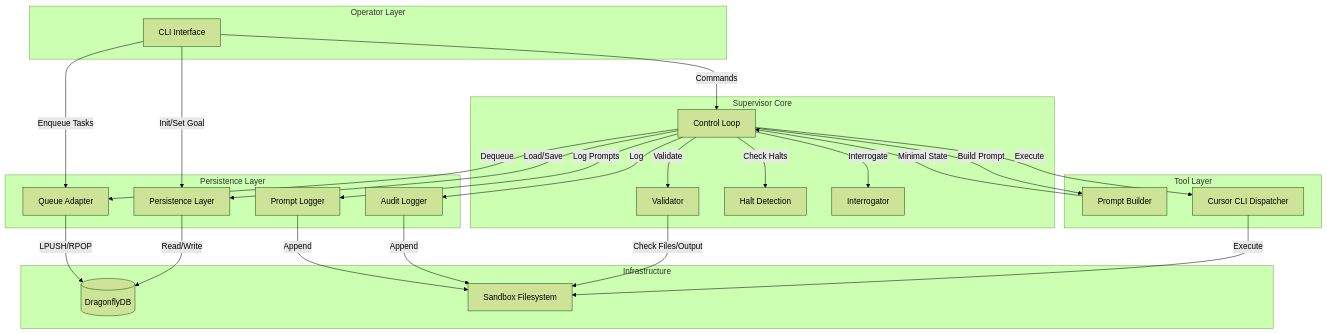
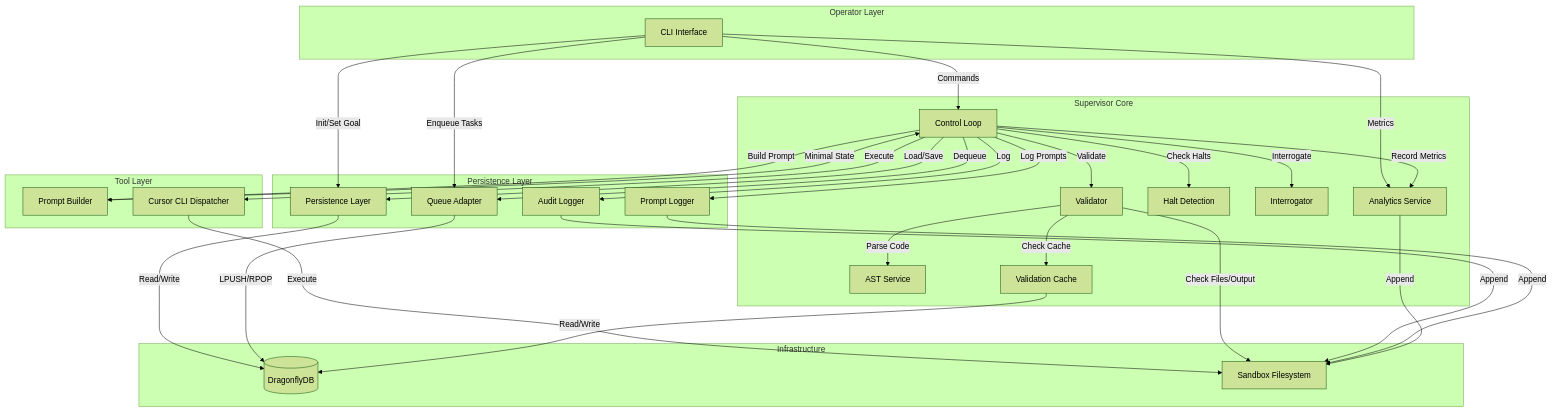
Before and after one commit to ai-supervisor-foundry/foundry: the first of 3 diagrams in docs/ARCHITECTURE_DETAILED.md, drawn with Mermaid (forest theme). The commit also changed other lines of this file and 37 other files, not shown here.

````diff
--- a/docs/ARCHITECTURE_DETAILED.md
+++ b/docs/ARCHITECTURE_DETAILED.md
@@ -138,53 +138,63 @@
 ```mermaid
 graph TB
     subgraph "Operator Layer"
         CLI[CLI Interface]
     end
     
     subgraph "Supervisor Core"
         ControlLoop[Control Loop]
         Validator[Validator]
         HaltDetection[Halt Detection]
         Interrogator[Interrogator]
+        ASTService[AST Service]
+        ValidationCache[Validation Cache]
+        Analytics[Analytics Service]
     end
     
     subgraph "Tool Layer"
         PromptBuilder[Prompt Builder]
         CursorCLI[Cursor CLI Dispatcher]
     end
     
     subgraph "Persistence Layer"
         Persistence[Persistence Layer]
         Queue[Queue Adapter]
         AuditLogger[Audit Logger]
         PromptLogger[Prompt Logger]
     end
     
     subgraph "Infrastructure"
         DragonflyDB[(DragonflyDB)]
         Sandbox[Sandbox Filesystem]
     end
     
     CLI -->|Commands| ControlLoop
     CLI -->|Init/Set Goal| Persistence
     CLI -->|Enqueue Tasks| Queue
+    CLI -->|Metrics| Analytics
     
     ControlLoop -->|Load/Save| Persistence
     ControlLoop -->|Dequeue| Queue
     ControlLoop -->|Build Prompt| PromptBuilder
     ControlLoop -->|Execute| CursorCLI
     ControlLoop -->|Validate| Validator
     ControlLoop -->|Check Halts| HaltDetection
     ControlLoop -->|Interrogate| Interrogator
     ControlLoop -->|Log| AuditLogger
     ControlLoop -->|Log Prompts| PromptLogger
+    ControlLoop -->|Record Metrics| Analytics
+    
+    Validator -->|Parse Code| ASTService
+    Validator -->|Check Cache| ValidationCache
     
     PromptBuilder -->|Minimal State| ControlLoop
     CursorCLI -->|Execute| Sandbox
     Validator -->|Check Files/Output| Sandbox
     
     Persistence -->|Read/Write| DragonflyDB
     Queue -->|LPUSH/RPOP| DragonflyDB
     AuditLogger -->|Append| Sandbox
     PromptLogger -->|Append| Sandbox
+    ValidationCache -->|Read/Write| DragonflyDB
+    Analytics -->|Append| Sandbox
 ```
````
